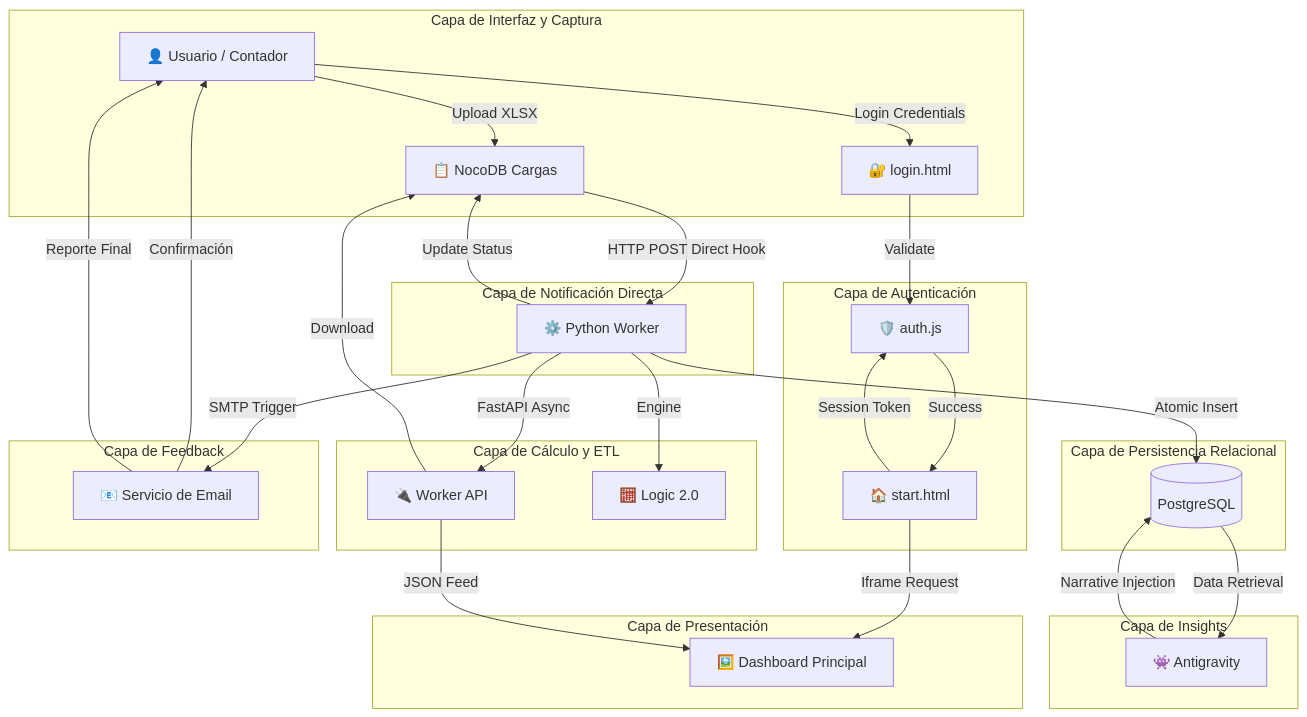
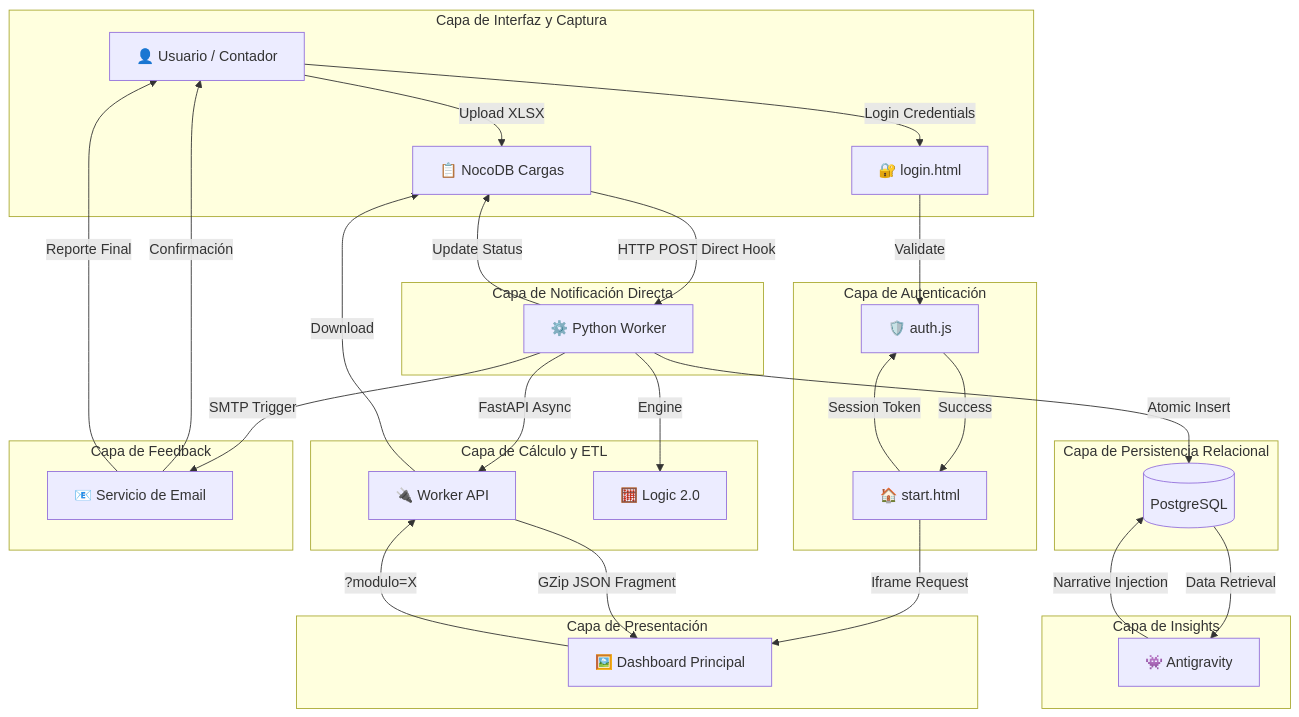
The diagram in docs/solution_architecture_document_SAD.md (datia2025/cash-datia-digital), drawn with Mermaid before and after one commit. The commit also changed other lines of this file, not shown here.

Commit message:
docs(SAD): v3.1 — add insights_ai schema, modulo persistence architecture, and auto-detection logic (IC-22/IC-23)

````diff
--- a/docs/solution_architecture_document_SAD.md
+++ b/docs/solution_architecture_document_SAD.md
@@ -52,44 +54,45 @@
 ```mermaid
 graph TD
     subgraph Client_Side [Capa de Interfaz y Captura]
         U[👤 Usuario / Contador] -->|Upload XLSX| NF[📋 NocoDB Cargas]
         U -->|Login Credentials| L[🔐 login.html]
     end
 
     subgraph Security_Layer [Capa de Autenticación]
         L -->|Validate| AJ[🛡️ auth.js]
         AJ -->|Success| S[🏠 start.html]
         S -->|Session Token| AJ
     end
 
     subgraph Direct_Orchestration [Capa de Notificación Directa]
         NF -->|HTTP POST Direct Hook| PW[⚙️ Python Worker]
     end
 
     subgraph Processing_Engine [Capa de Cálculo y ETL]
         PW -->|FastAPI Async| API[🔌 Worker API]
         API -->|Download| NF
         PW -->|Engine| CALC[🧮 Logic 2.0]
     end
 
     subgraph Storage_Layer [Capa de Persistencia Relacional]
         PW -->|Atomic Insert| PSQL[(PostgreSQL)]
         PW -->|Update Status| NF
     end
 
     subgraph Intelligence_Layer [Capa de Insights]
         PSQL -->|Data Retrieval| AG[👾 Antigravity]
         AG -->|Narrative Injection| PSQL
     end
 
     subgraph Visualization_Layer [Capa de Presentación]
         S -->|Iframe Request| D[🖼️ Dashboard Principal]
-        API -->|JSON Feed| D
+        API -->|GZip JSON Fragment| D
+        D -->|?modulo=X| API
     end
 
     subgraph Communication_Layer [Capa de Feedback]
         PW -->|SMTP Trigger| Mail[📧 Servicio de Email]
         Mail -->|Confirmación| U
         Mail -->|Reporte Final| U
     end
 ```
````
